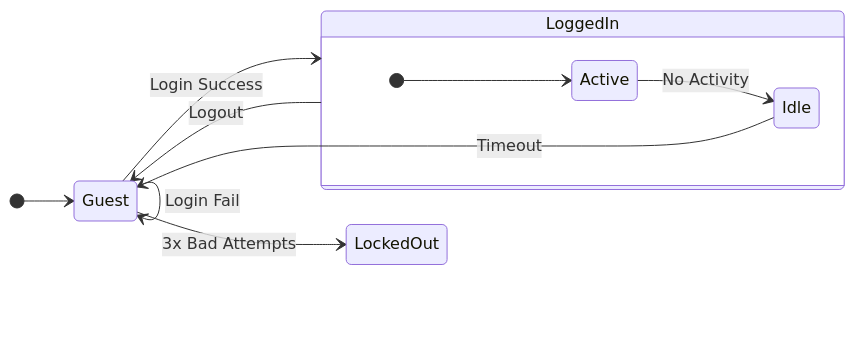
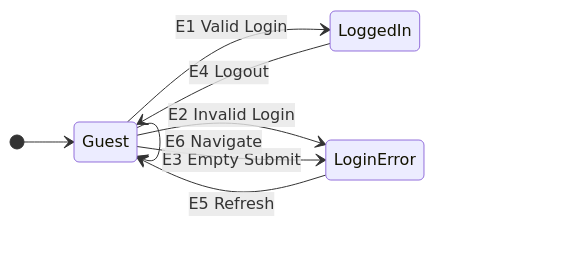
One commit to theRainMaker1001/QA-Automation-Suites changed the first of 2 diagrams in docs/TECHNICAL-DESIGN.MD. Above: the diagram before and after it, drawn with Mermaid. The commit also changed other lines of this file and 2 other files, not shown here.

Commit message:
fix(e2e): aligned state transition tests with design promises and corrected documentation:
- T4: added LOGIN_ERROR starting state verification before refresh event
- T5: added getCurrentState() initial state check for consistency
- T6: added full initial and end state checks, corrected describe label to (T5, T6)
- T7: added getCurrentState() before logout, corrected describe label to (T7)
- TECHNICAL-DESIGN.MD: rewrote mermaid FSM diagram to match 3 tested states and 7 transitions
- README.md: replaced fictitious LockedOut state with LoginError
- AUDIT_TODO.md: corrected false VERIFIED status for state transition testing

````diff
--- a/docs/TECHNICAL-DESIGN.MD
+++ b/docs/TECHNICAL-DESIGN.MD
@@ -115,16 +115,15 @@
 ```mermaid
 stateDiagram-v2
     direction LR
     [*] --> Guest
-    Guest --> LoggedIn : Login Success
-    Guest --> Guest : Login Fail
-    Guest --> LockedOut : 3x Bad Attempts
-    
-    state LoggedIn {
-        [*] --> Active
-        Active --> Idle : No Activity
-    }
 
-    LoggedIn --> Guest : Logout
-    Idle --> Guest : Timeout
+    Guest --> LoggedIn : E1 Valid Login
+    Guest --> LoginError : E2 Invalid Login
+    Guest --> LoginError : E3 Empty Submit
+    Guest --> Guest : E5 Refresh
+    Guest --> Guest : E6 Navigate
+
+    LoginError --> Guest : E5 Refresh
+
+    LoggedIn --> Guest : E4 Logout
 ```
````
